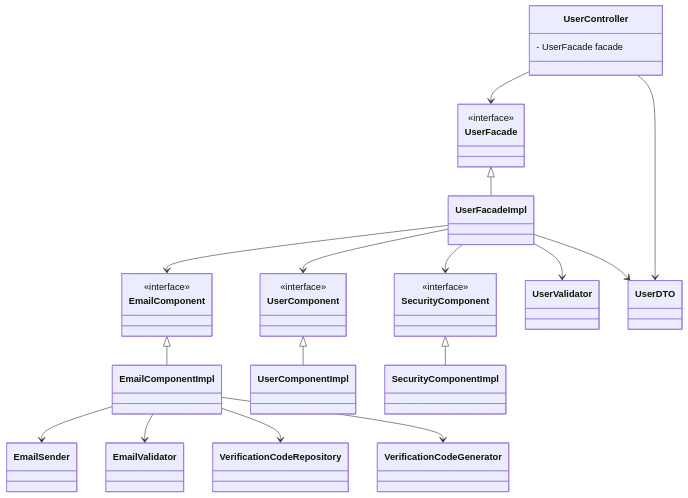
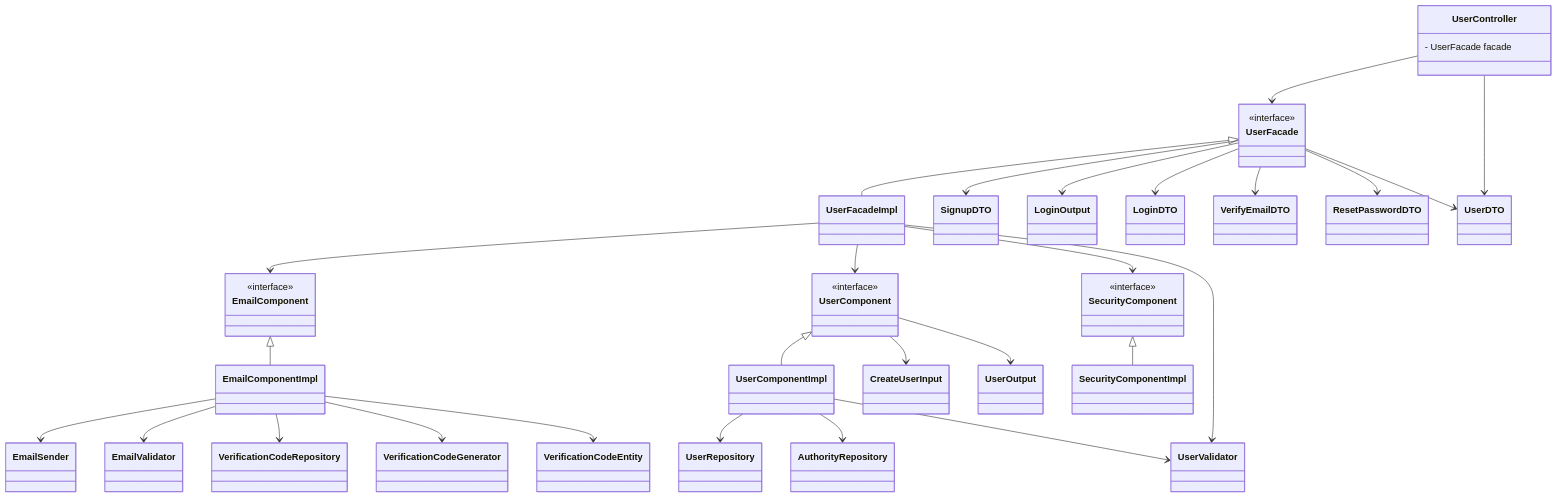
The diagram in README.md (cris6h16/ecommerce-rest-api), drawn with Mermaid before and after one commit.

Commit message:
readme updated

````diff
--- a/README.md
+++ b/README.md
@@ -154,19 +154,56 @@
     class VerificationCodeGenerator {
     }
 
+    class SignupDTO {
+    }
+    class LoginOutput {
+    }
+    class LoginDTO {
+    }
+    class VerifyEmailDTO {
+    }
+
+    class ResetPasswordDTO {
+    }
+    class VerificationCodeEntity {
+    }
+    class CreateUserInput {
+    }
+
+    class UserOutput {
+    }
+    
+    class UserRepository {
+    }
+
+    class AuthorityRepository {
+    }
+
     UserController --> UserFacade
-    UserFacade <|-- UserFacadeImpl
     UserFacadeImpl --> EmailComponent
     UserFacadeImpl --> UserComponent
     UserFacadeImpl --> SecurityComponent
     UserFacadeImpl --> UserValidator
     EmailComponent <|-- EmailComponentImpl
     UserComponent <|-- UserComponentImpl
+    UserComponent --> CreateUserInput
+    UserComponent --> UserOutput
+    UserComponentImpl --> UserRepository
+    UserComponentImpl --> AuthorityRepository
+    UserComponentImpl --> UserValidator
     SecurityComponent <|-- SecurityComponentImpl
-    UserFacadeImpl --> UserDTO
     UserController --> UserDTO
     EmailComponentImpl --> EmailSender
     EmailComponentImpl --> EmailValidator
     EmailComponentImpl --> VerificationCodeRepository
     EmailComponentImpl --> VerificationCodeGenerator
+    EmailComponentImpl --> VerificationCodeEntity
+    UserFacade <|-- UserFacadeImpl
+    UserFacade --> SignupDTO
+    UserFacade --> LoginOutput
+    UserFacade --> LoginDTO
+    UserFacade --> VerifyEmailDTO
+    UserFacade --> ResetPasswordDTO
+    UserFacade --> UserDTO
+
 ```
````
